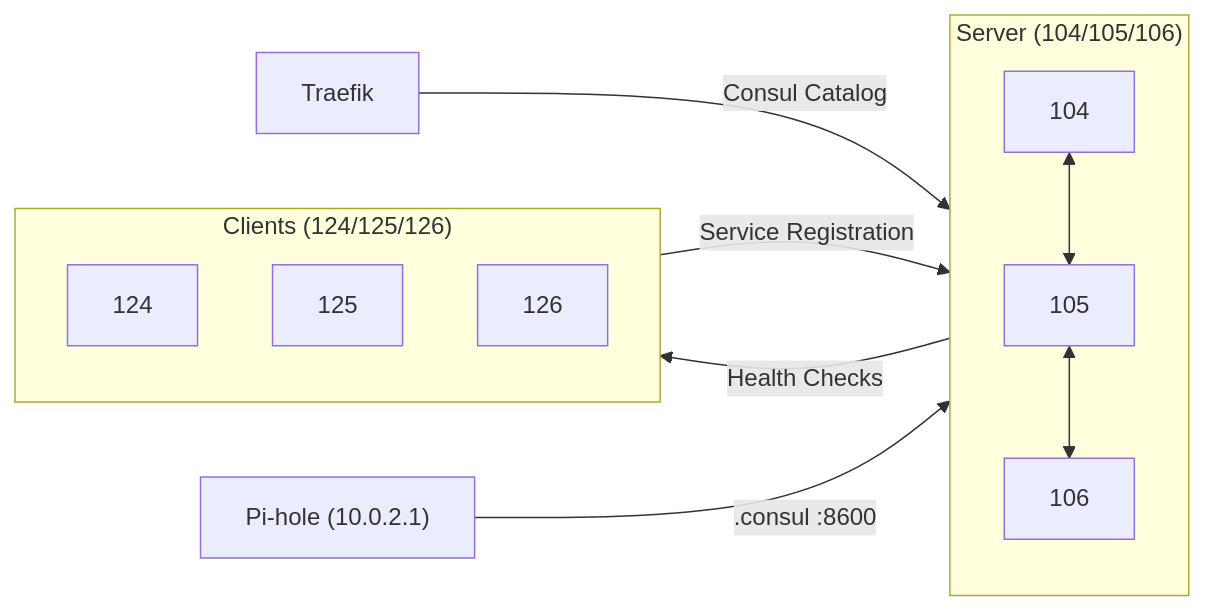
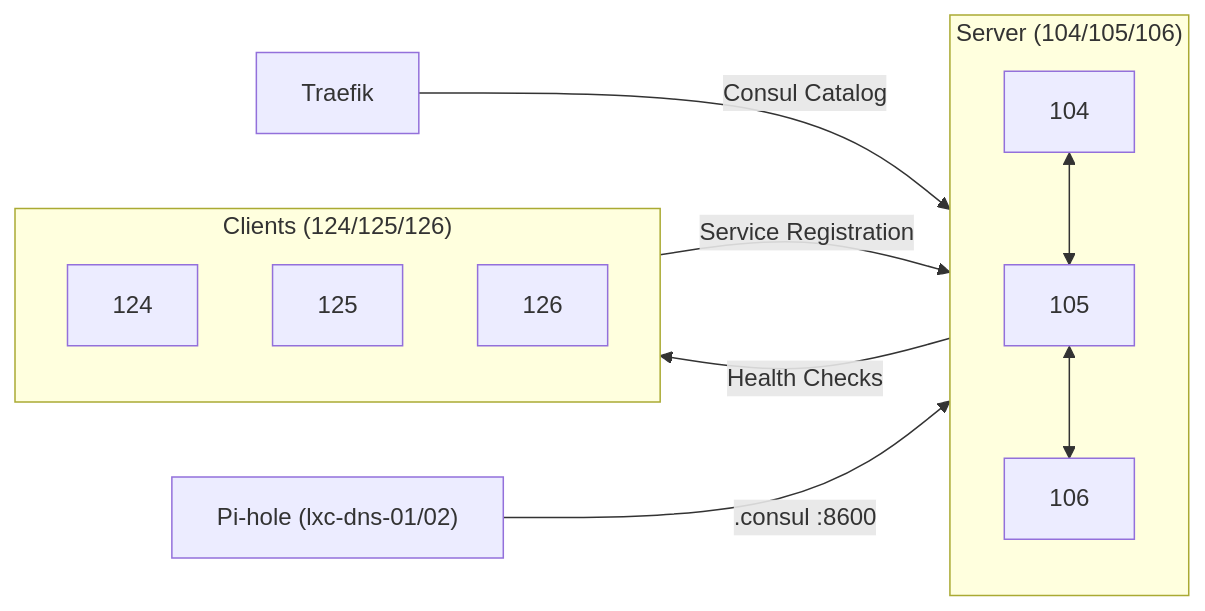
Before and after one commit to derever-labs/homelab-wiki: the diagram in docs/consul/index.md, drawn with Mermaid. The commit also changed other lines of this file and 26 other files, not shown here.

````diff
--- a/docs/consul/index.md
+++ b/docs/consul/index.md
@@ -33,19 +33,19 @@
 ```mermaid
 graph LR
     subgraph srv["Server (104/105/106)"]
         direction TB
         CS1["104"] <--> CS2["105"]
         CS2 <--> CS3["106"]
     end
 
     subgraph cli["Clients (124/125/126)"]
         CC1["124"]
         CC2["125"]
         CC3["126"]
     end
 
     cli -->|Service Registration| srv
     srv -->|Health Checks| cli
     TRF[Traefik] -->|Consul Catalog| srv
-    DNS["Pi-hole (10.0.2.1)"] -->|".consul :8600"| srv
+    DNS["Pi-hole (lxc-dns-01/02)"] -->|".consul :8600"| srv
 ```
````
